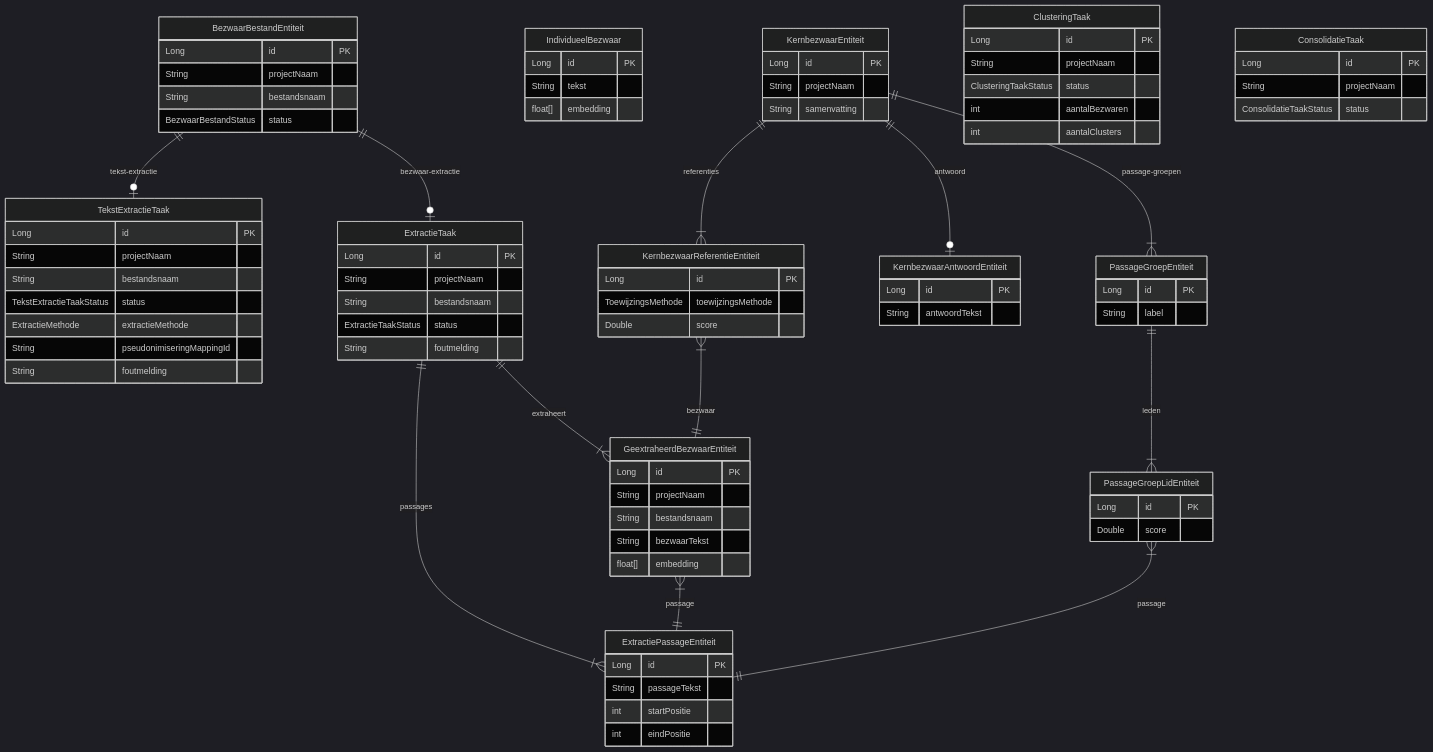
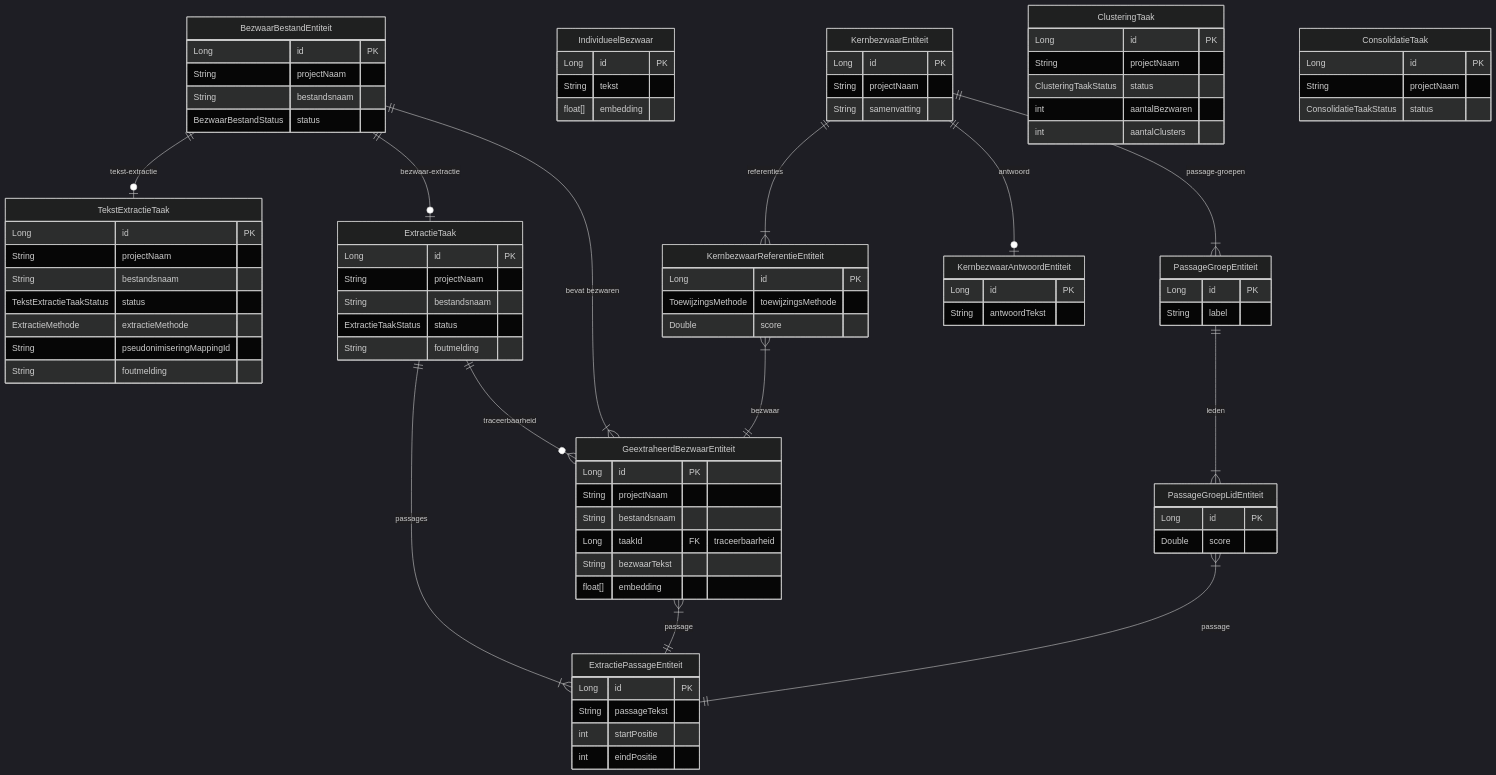
Before and after one commit to kevcraey/bezwaarschriften: the diagram in docs/architecture/domain-model.md, drawn with Mermaid (dark theme).

Commit message:
docs: domeinmodel — bezwaar hoort bij document, niet bij taak
Primaire relatie is nu BezwaarBestand → GeextraheerdBezwaar (via projectNaam+bestandsnaam).
ExtractieTaak-relatie is secundair (traceerbaarheid).

```diff
--- a/docs/architecture/domain-model.md
+++ b/docs/architecture/domain-model.md
@@ -37,6 +37,7 @@
         Long id PK
         String projectNaam
         String bestandsnaam
+        Long taakId FK "traceerbaarheid"
         String bezwaarTekst
         float[] embedding
     }
@@ -97,9 +98,10 @@
 
     BezwaarBestandEntiteit ||--o| TekstExtractieTaak : "tekst-extractie"
     BezwaarBestandEntiteit ||--o| ExtractieTaak : "bezwaar-extractie"
-    ExtractieTaak ||--|{ GeextraheerdBezwaarEntiteit : "extraheert"
+    BezwaarBestandEntiteit ||--|{ GeextraheerdBezwaarEntiteit : "bevat bezwaren"
     ExtractieTaak ||--|{ ExtractiePassageEntiteit : "passages"
     GeextraheerdBezwaarEntiteit }|--|| ExtractiePassageEntiteit : "passage"
+    ExtractieTaak ||--o{ GeextraheerdBezwaarEntiteit : "traceerbaarheid"
     KernbezwaarEntiteit ||--|{ KernbezwaarReferentieEntiteit : "referenties"
     KernbezwaarReferentieEntiteit }|--|| GeextraheerdBezwaarEntiteit : "bezwaar"
     KernbezwaarEntiteit ||--o| KernbezwaarAntwoordEntiteit : "antwoord"
```
